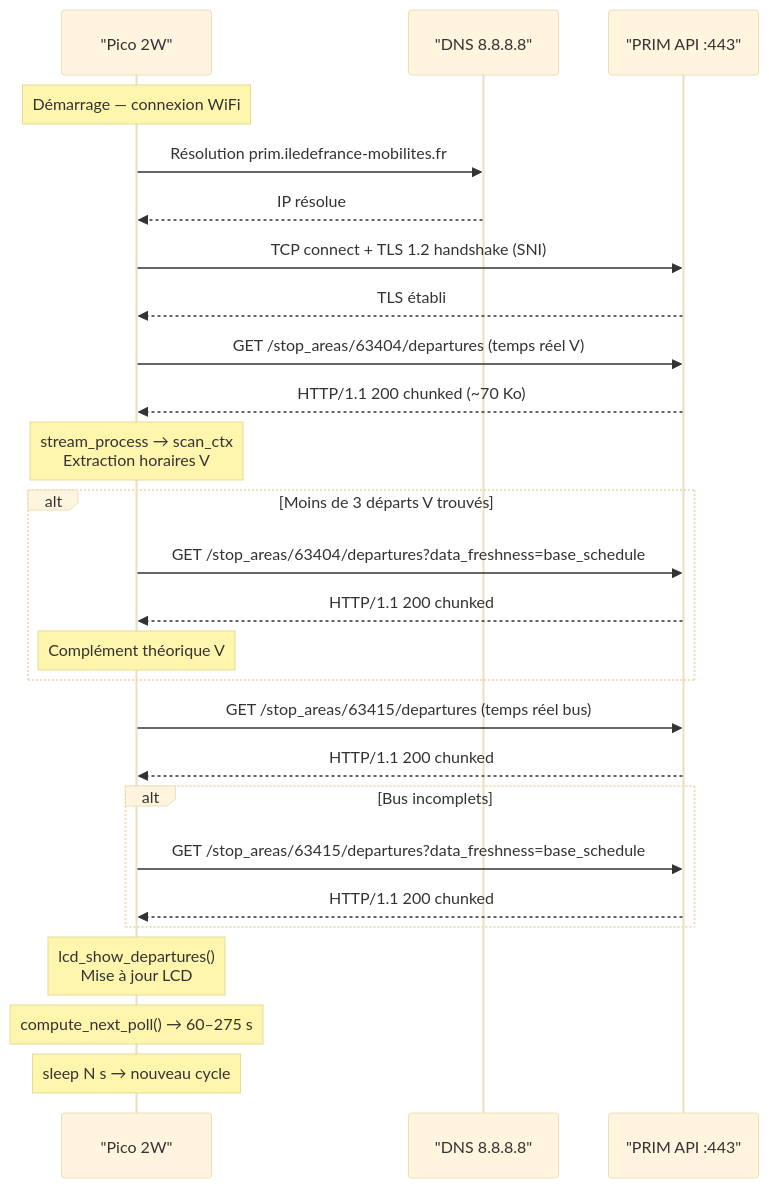
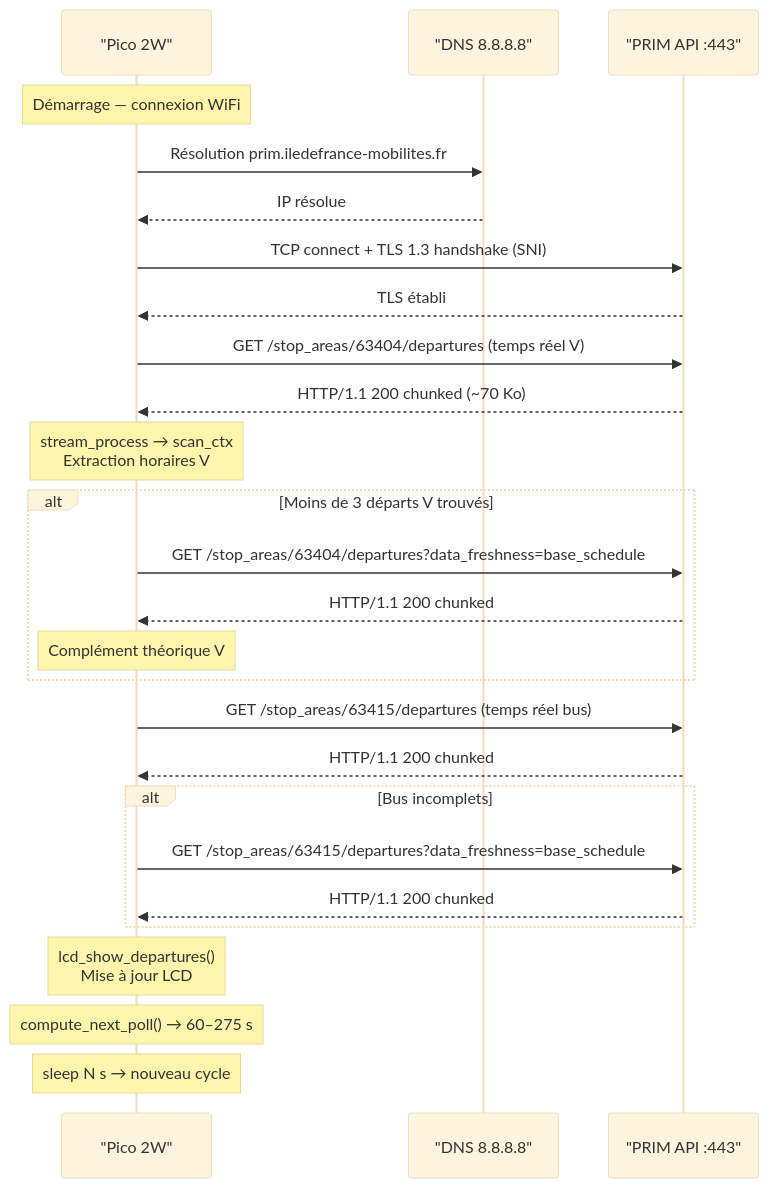
The sixth of 7 diagrams in README.md (BNJ02/transilien_lcd), drawn with Mermaid (base theme) before and after one commit. The commit also changed other lines of this file, not shown here.

First line of the commit message:
docs: mise à jour README — TLS 1.3 natif, plus de proxy Jetson

````diff
--- a/README.md
+++ b/README.md
@@ -380,35 +380,35 @@
 ```mermaid
 sequenceDiagram
     participant PICO as "Pico 2W"
     participant DNS as "DNS 8.8.8.8"
     participant API as "PRIM API :443"
 
     Note over PICO: Démarrage — connexion WiFi
     PICO->>DNS: Résolution prim.iledefrance-mobilites.fr
     DNS-->>PICO: IP résolue
 
-    PICO->>API: TCP connect + TLS 1.2 handshake (SNI)
+    PICO->>API: TCP connect + TLS 1.3 handshake (SNI)
     API-->>PICO: TLS établi
 
     PICO->>API: GET /stop_areas/63404/departures (temps réel V)
     API-->>PICO: HTTP/1.1 200 chunked (~70 Ko)
     Note over PICO: stream_process → scan_ctx<br/>Extraction horaires V
 
     alt Moins de 3 départs V trouvés
         PICO->>API: GET /stop_areas/63404/departures?data_freshness=base_schedule
         API-->>PICO: HTTP/1.1 200 chunked
         Note over PICO: Complément théorique V
     end
 
     PICO->>API: GET /stop_areas/63415/departures (temps réel bus)
     API-->>PICO: HTTP/1.1 200 chunked
 
     alt Bus incomplets
         PICO->>API: GET /stop_areas/63415/departures?data_freshness=base_schedule
         API-->>PICO: HTTP/1.1 200 chunked
     end
 
     Note over PICO: lcd_show_departures()<br/>Mise à jour LCD
     Note over PICO: compute_next_poll() → 60–275 s
     Note over PICO: sleep N s → nouveau cycle
 ```
````
